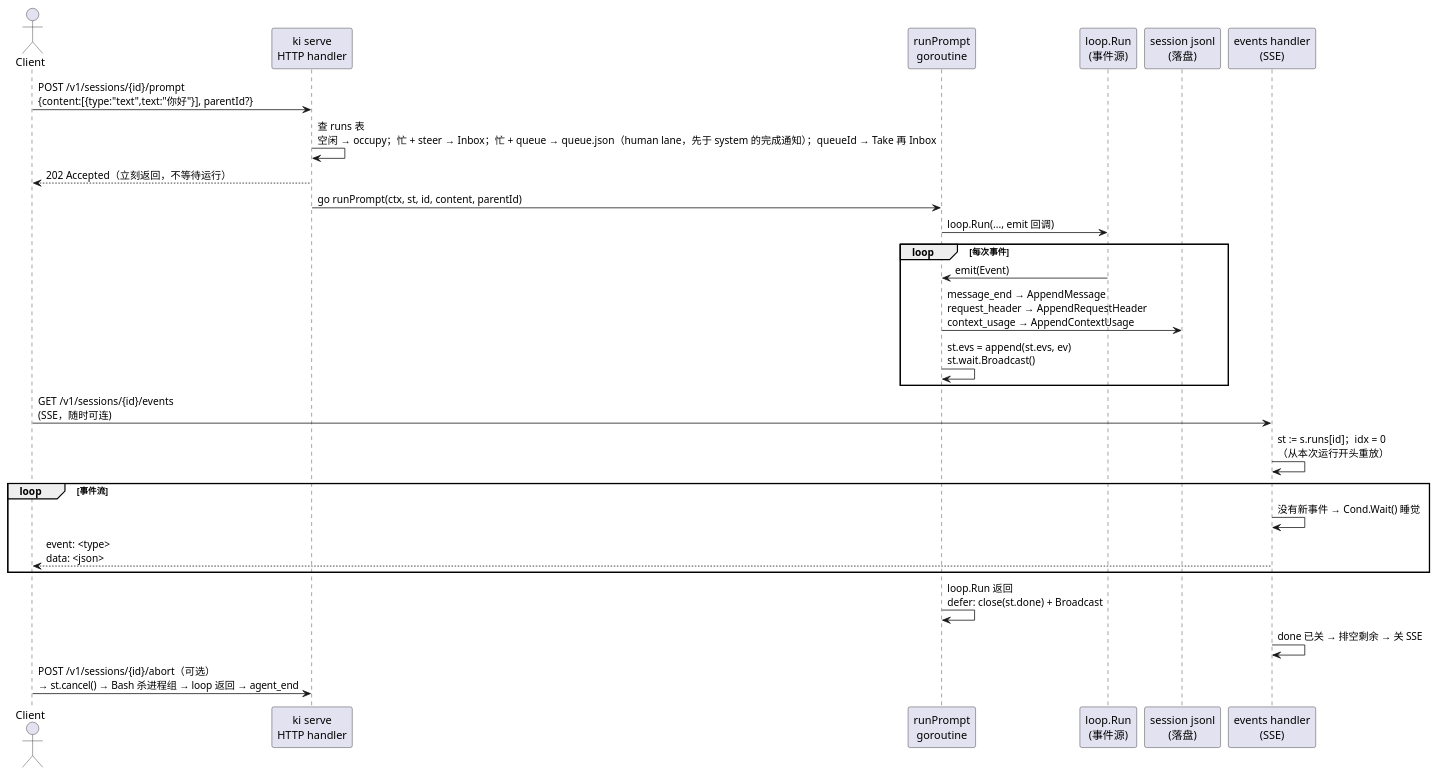
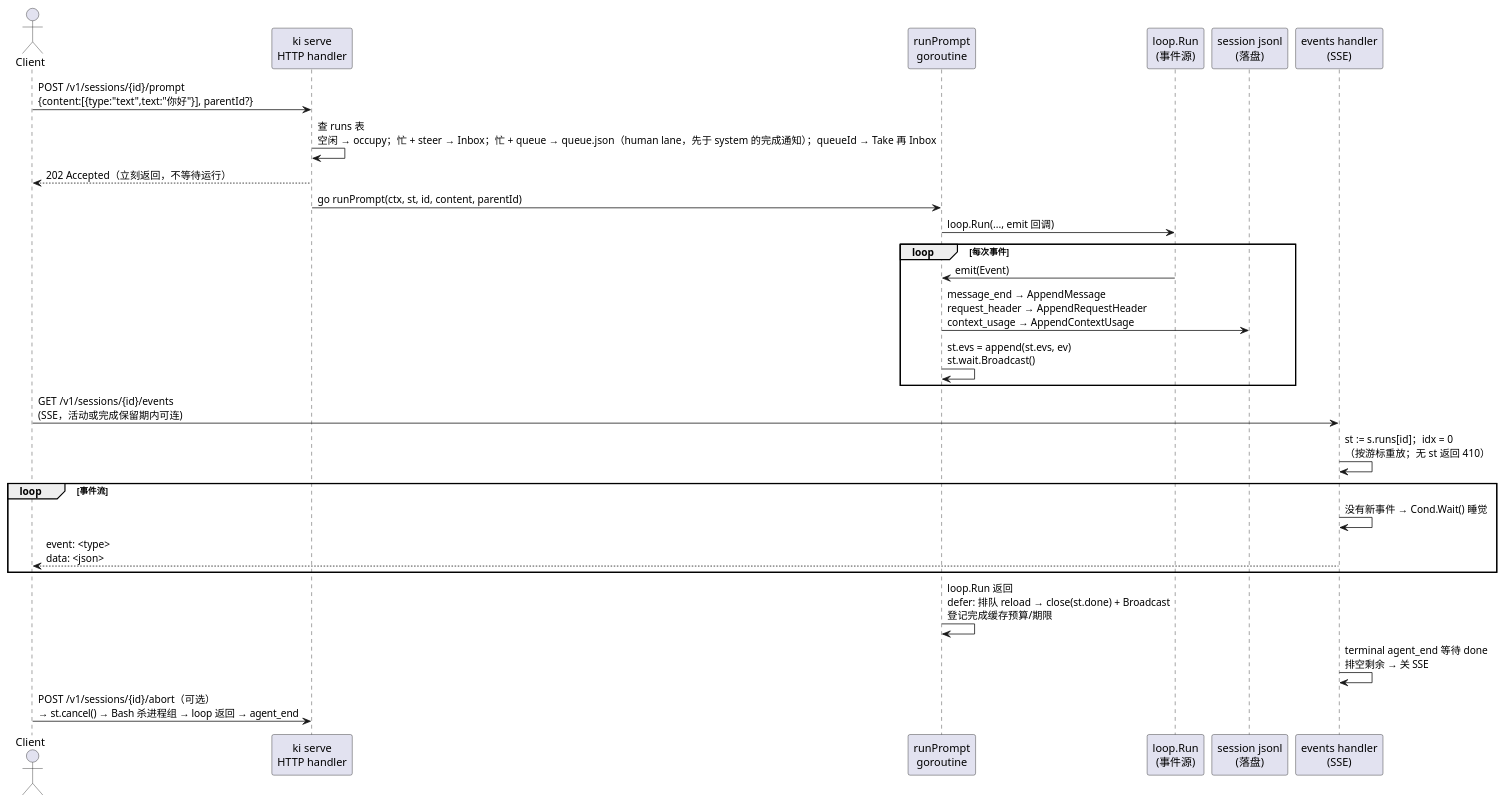
One commit to skyw8/ki changed the first of 2 diagrams in docs/architecture.md. Above: the diagram before and after it, drawn with PlantUML. The commit also changed other lines of this file and 29 other files, not shown here.

````diff
--- a/docs/architecture.md
+++ b/docs/architecture.md
@@ -118,34 +120,34 @@
 ```plantuml
 @startuml
 actor Client as C
 participant "ki serve\nHTTP handler" as S
 participant "runPrompt\ngoroutine" as R
 participant "loop.Run\n(事件源)" as L
 participant "session jsonl\n(落盘)" as F
 participant "events handler\n(SSE)" as E
 
 C -> S : POST /v1/sessions/{id}/prompt\n{content:[{type:"text",text:"你好"}], parentId?}
 S -> S : 查 runs 表\n空闲 → occupy；忙 + steer → Inbox；忙 + queue → queue.json（human lane，先于 system 的完成通知）；queueId → Take 再 Inbox
 S --> C : 202 Accepted（立刻返回，不等待运行）
 S -> R : go runPrompt(ctx, st, id, content, parentId)
 
 R -> L : loop.Run(..., emit 回调)
 loop 每次事件
   L -> R : emit(Event)
   R -> F : message_end → AppendMessage\nrequest_header → AppendRequestHeader\ncontext_usage → AppendContextUsage
   R -> R : st.evs = append(st.evs, ev)\nst.wait.Broadcast()
 end
 
-C -> E : GET /v1/sessions/{id}/events\n(SSE，随时可连)
-E -> E : st := s.runs[id]；idx = 0\n（从本次运行开头重放）
+C -> E : GET /v1/sessions/{id}/events\n(SSE，活动或完成保留期内可连)
+E -> E : st := s.runs[id]；idx = 0\n（按游标重放；无 st 返回 410）
 loop 事件流
   E -> E : 没有新事件 → Cond.Wait() 睡觉
   E --> C : event: <type>\ndata: <json>
 end
 
-R -> R : loop.Run 返回\ndefer: close(st.done) + Broadcast
-E -> E : done 已关 → 排空剩余 → 关 SSE
+R -> R : loop.Run 返回\ndefer: 排队 reload → close(st.done) + Broadcast\n登记完成缓存预算/期限
+E -> E : terminal agent_end 等待 done\n排空剩余 → 关 SSE
 
 C -> S : POST /v1/sessions/{id}/abort（可选）\n→ st.cancel() → Bash 杀进程组 → loop 返回 → agent_end
 @enduml
 ```
````
